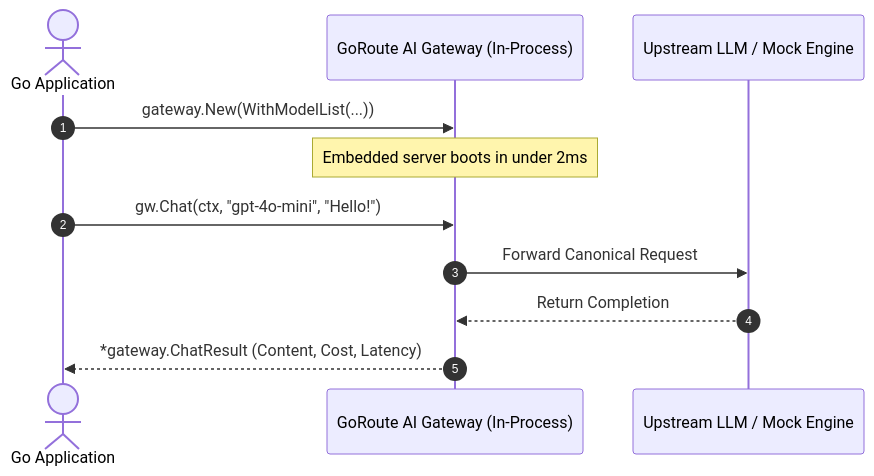
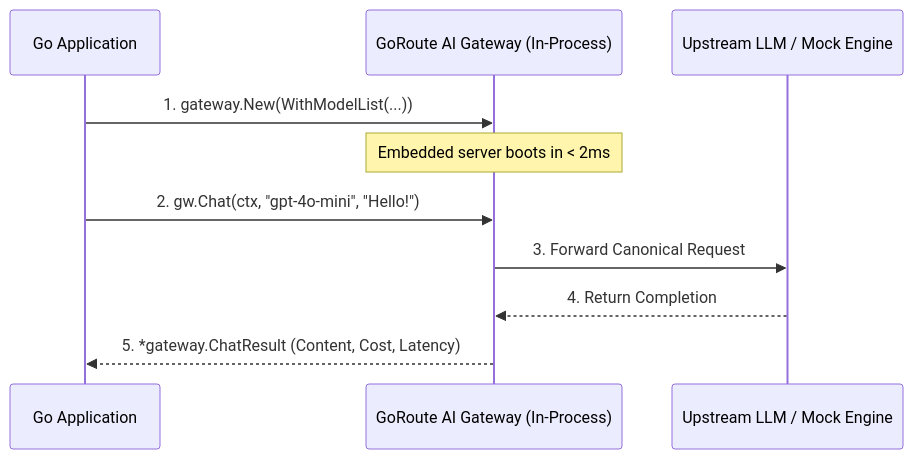
The diagram in docs/demos/hello-gateway.md (goroute-ai/goroute-ai.github.io), drawn with Mermaid before and after one commit. The commit also changed 12 other files, not shown here.

Commit message:
fix(mermaid): overhaul sequence diagrams, eliminate parser drops, and polish styling

````diff
--- a/docs/demos/hello-gateway.md
+++ b/docs/demos/hello-gateway.md
@@ -14,14 +14,13 @@
 ```mermaid
 sequenceDiagram
-    autonumber
-    actor Caller as Go Application
+    participant Caller as Go Application
     participant GW as GoRoute AI Gateway (In-Process)
     participant Provider as Upstream LLM / Mock Engine
 
-    Caller->>GW: gateway.New(WithModelList(...))
-    Note over GW: Embedded server boots in under 2ms
-    Caller->>GW: gw.Chat(ctx, "gpt-4o-mini", "Hello!")
-    GW->>Provider: Forward Canonical Request
-    Provider-->>GW: Return Completion
-    GW-->>Caller: *gateway.ChatResult (Content, Cost, Latency)
+    Caller->>GW: 1. gateway.New(WithModelList(...))
+    Note over GW: Embedded server boots in < 2ms
+    Caller->>GW: 2. gw.Chat(ctx, "gpt-4o-mini", "Hello!")
+    GW->>Provider: 3. Forward Canonical Request
+    Provider-->>GW: 4. Return Completion
+    GW-->>Caller: 5. *gateway.ChatResult (Content, Cost, Latency)
 ```
````
